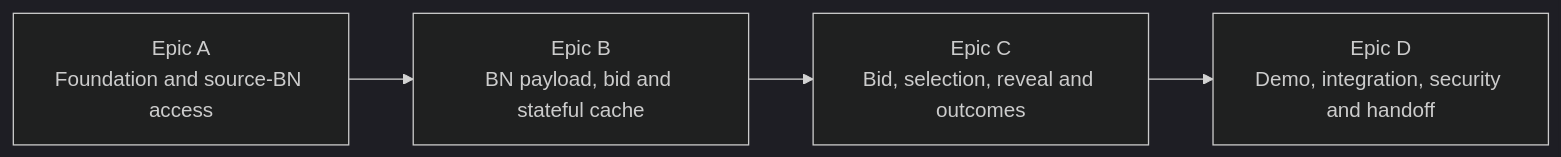
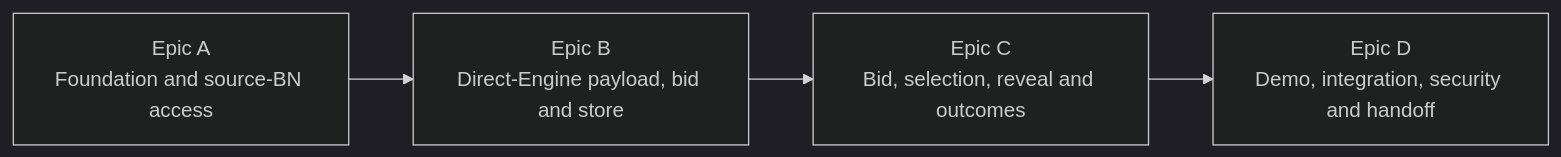
The tenth of 16 diagrams in docs/implementation-plan.md (krisoshea-eth/lodestar-eip-7732-builder-docs), drawn with Mermaid (dark theme) before and after one commit. The commit also changed other lines of this file and 3 other files, not shown here.

Commit message:
docs: complete direct-engine plan reconciliation

````diff
--- a/docs/implementation-plan.md
+++ b/docs/implementation-plan.md
@@ -753,6 +751,6 @@
 ```mermaid
 flowchart LR
-    EA["Epic A<br/>Foundation and source-BN access"] --> EB["Epic B<br/>BN payload, bid and stateful cache"]
+    EA["Epic A<br/>Foundation and source-BN access"] --> EB["Epic B<br/>Direct-Engine payload, bid and store"]
     EB --> EC["Epic C<br/>Bid, selection, reveal and outcomes"]
     EC --> ED["Epic D<br/>Demo, integration, security and handoff"]
 ```
````
